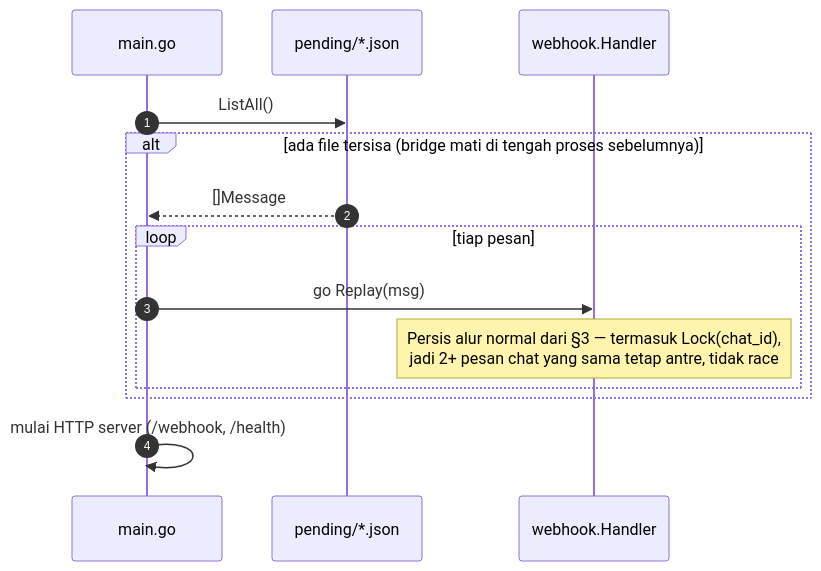
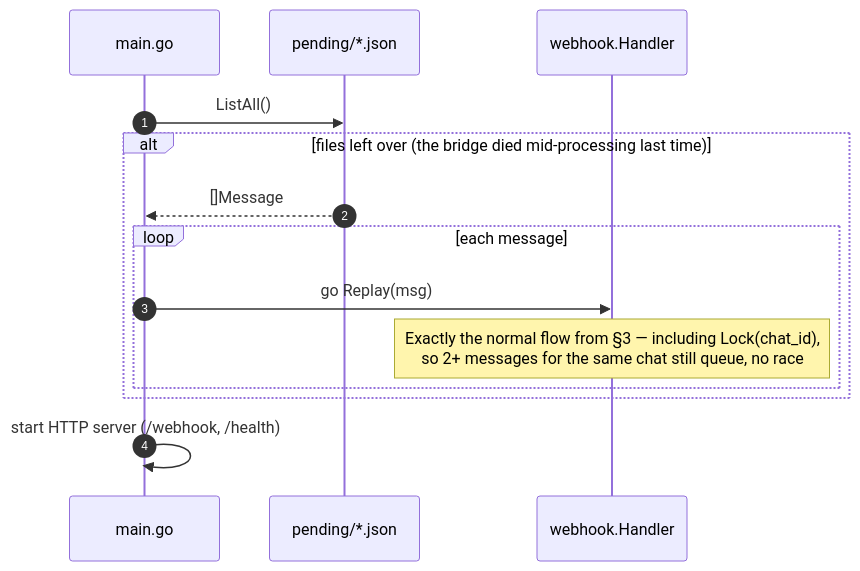
The third of 4 diagrams in docs/ARCHITECTURE.md (tarkiman/claude-whatsapp), drawn with Mermaid before and after one commit. The commit also changed other lines of this file and 4 other files, not shown here.

First line of the commit message:
docs: English ARCHITECTURE.md as primary, Indonesian moved to ARCHITECTURE.id.md

````diff
--- a/docs/ARCHITECTURE.md
+++ b/docs/ARCHITECTURE.md
@@ -102,17 +104,17 @@
 ```mermaid
 sequenceDiagram
     autonumber
     participant M as main.go
     participant P as pending/*.json
     participant H as webhook.Handler
 
     M->>P: ListAll()
-    alt ada file tersisa (bridge mati di tengah proses sebelumnya)
+    alt files left over (the bridge died mid-processing last time)
         P-->>M: []Message
-        loop tiap pesan
+        loop each message
             M->>H: go Replay(msg)
-            Note over H: Persis alur normal dari §3 — termasuk Lock(chat_id),<br/>jadi 2+ pesan chat yang sama tetap antre, tidak race
+            Note over H: Exactly the normal flow from §3 — including Lock(chat_id),<br/>so 2+ messages for the same chat still queue, no race
         end
     end
-    M->>M: mulai HTTP server (/webhook, /health)
+    M->>M: start HTTP server (/webhook, /health)
 ```
````
